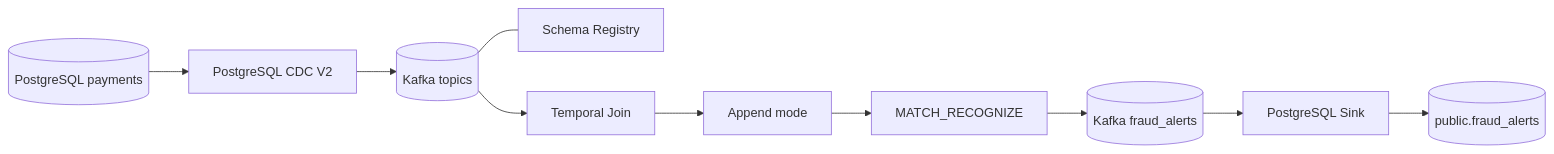
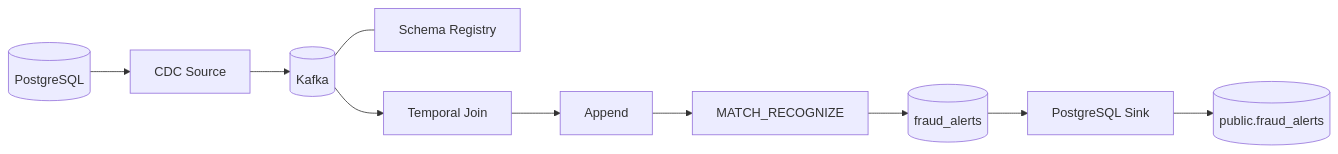
Before and after one commit to josearodrigues/dio-confluent-pipeline: the diagram in README.md, drawn with Mermaid. The commit also changed other lines of this file, not shown here.

````diff
--- a/README.md
+++ b/README.md
@@ -11,16 +11,12 @@
 ```mermaid
 flowchart LR
-  PG[(PostgreSQL payments)]
-  CDC[PostgreSQL CDC V2]
-  K[(Kafka topics)]
-  SR[Schema Registry]
-  TJ[Temporal Join]
-  AP[Append mode]
-  MR[MATCH_RECOGNIZE]
-  OUT[(Kafka fraud_alerts)]
-  SINK[PostgreSQL Sink]
-  DEST[(public.fraud_alerts)]
-  PG --> CDC --> K
-  K --- SR
-  K --> TJ --> AP --> MR --> OUT --> SINK --> DEST
+  PG[(PostgreSQL)] --> CDC[CDC Source]
+  CDC --> K[(Kafka)]
+  K --- SR[Schema Registry]
+  K --> TJ[Temporal Join]
+  TJ --> APP[Append]
+  APP --> MR[MATCH_RECOGNIZE]
+  MR --> OUT[(fraud_alerts)]
+  OUT --> SINK[PostgreSQL Sink]
+  SINK --> DEST[(public.fraud_alerts)]
 ```
````
